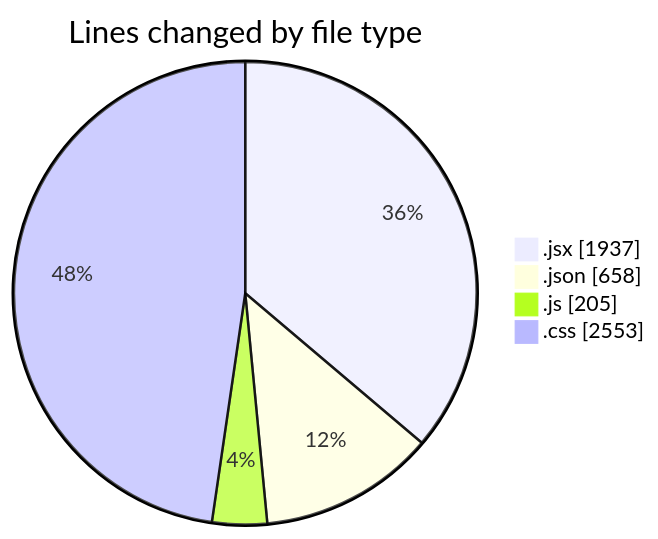
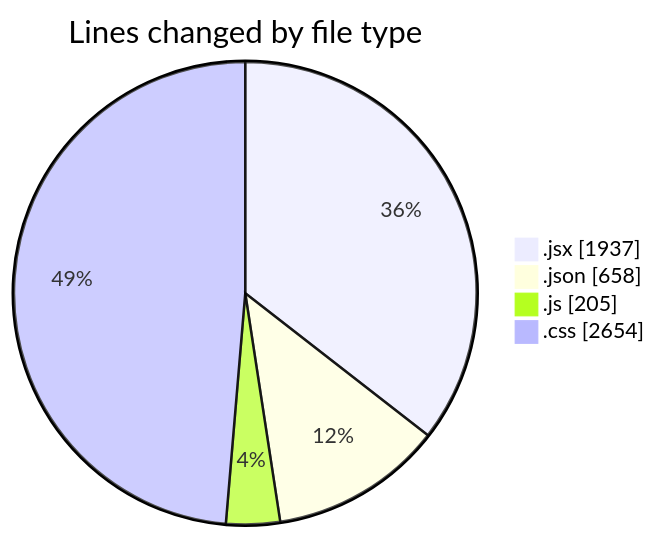
One commit to BS-eng2023/code-tracking changed the first of 2 diagrams in 2025-05-04/project/README.md. Above: the diagram before and after it, drawn with Mermaid. The commit also changed other lines of this file and 1 other file, not shown here.

````diff
--- a/2025-05-04/project/README.md
+++ b/2025-05-04/project/README.md
@@ -43,8 +43,8 @@
 ```mermaid
 pie showData
 title Lines changed by file type
 ".jsx" : 1937
 ".json" : 658
 ".js" : 205
-".css" : 2553
+".css" : 2654
 ```
````
